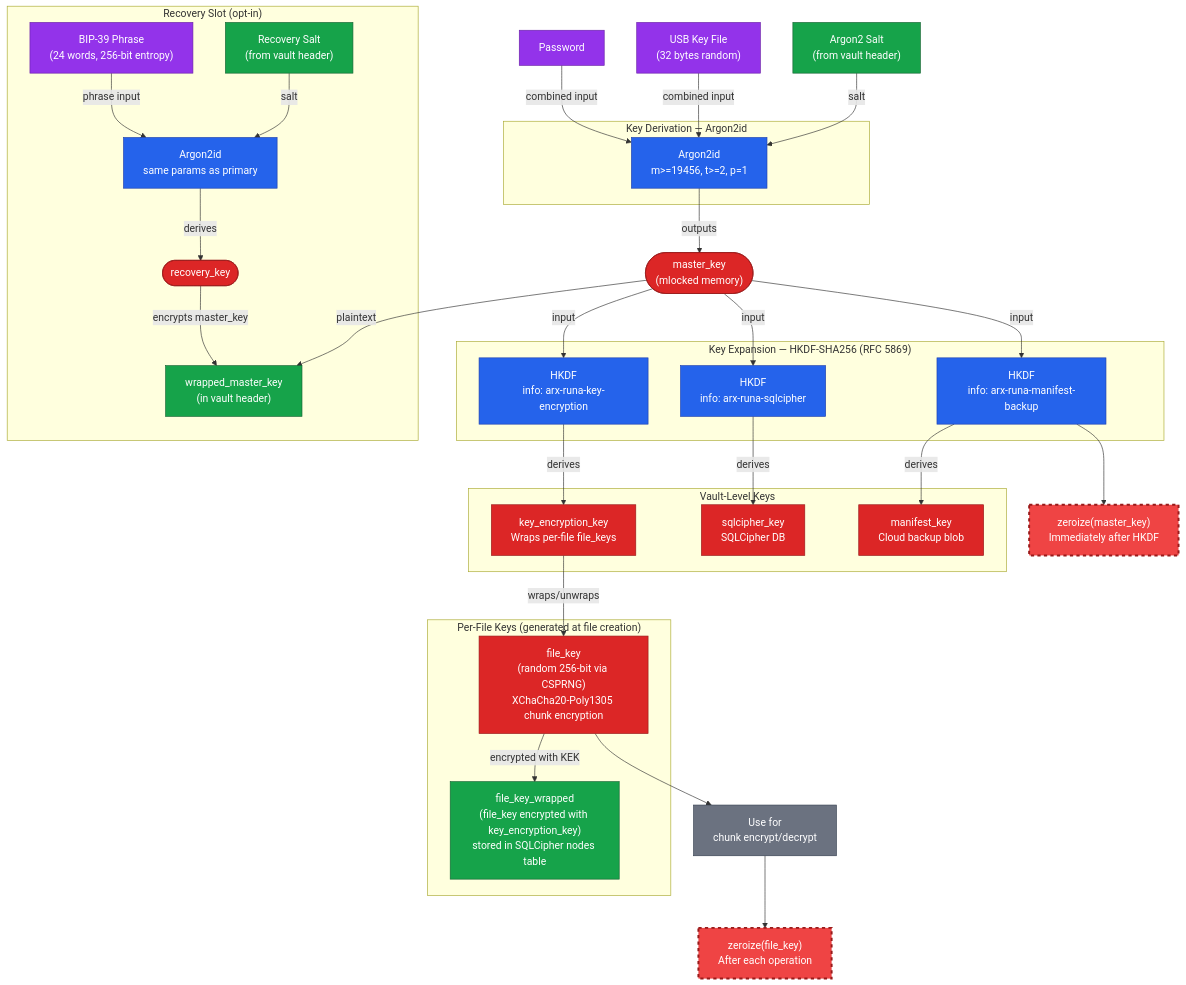
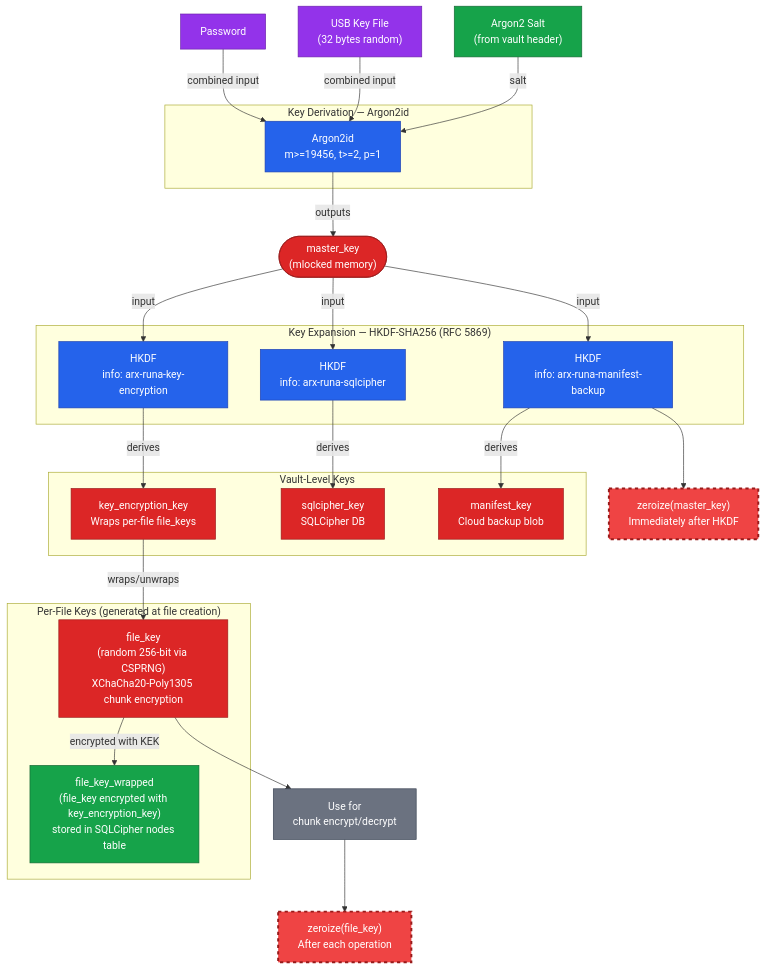
Before and after one commit to salgaard/arx-runa: the diagram in docs/architecture/designs/cryptographic-primitives/diagrams/key-derivation-tree.md, drawn with Mermaid. The commit also changed other lines of this file and 5 other files, not shown here.

First line of the commit message:
docs: remove tailwind.config.js; split key-derivation diagram; fix wrap-node clarity

````diff
--- a/docs/architecture/designs/cryptographic-primitives/diagrams/key-derivation-tree.md
+++ b/docs/architecture/designs/cryptographic-primitives/diagrams/key-derivation-tree.md
@@ -6,72 +6,58 @@
 ```mermaid
 flowchart TD
     PW["Password"]:::user
     KF["USB Key File<br/>(32 bytes random)"]:::user
     SALT["Argon2 Salt<br/>(from vault header)"]:::storage
 
     subgraph KDF ["Key Derivation — Argon2id"]
         ARGON["Argon2id<br/>m>=19456, t>=2, p=1"]:::crypto
     end
 
     MK_NODE(["master_key<br/>(mlocked memory)"]):::secret
 
     subgraph HKDF_LAYER ["Key Expansion — HKDF-SHA256 (RFC 5869)"]
         HKDF1["HKDF<br/>info: arx-runa-key-encryption"]:::crypto
         HKDF2["HKDF<br/>info: arx-runa-sqlcipher"]:::crypto
         HKDF3["HKDF<br/>info: arx-runa-manifest-backup"]:::crypto
     end
 
     subgraph VAULT_KEYS ["Vault-Level Keys"]
         KEK["key_encryption_key<br/>Wraps per-file file_keys"]:::secret
         SK["sqlcipher_key<br/>SQLCipher DB"]:::secret
         MK["manifest_key<br/>Cloud backup blob"]:::secret
     end
 
     subgraph PER_FILE ["Per-File Keys (generated at file creation)"]
         FK["file_key<br/>(random 256-bit via CSPRNG)<br/>XChaCha20-Poly1305 chunk encryption"]:::secret
         FKW["file_key_wrapped<br/>(file_key encrypted with key_encryption_key)<br/>stored in SQLCipher nodes table"]:::storage
     end
 
-    subgraph RECOVERY ["Recovery Slot (opt-in)"]
-        PHRASE["BIP-39 Phrase<br/>(24 words, 256-bit entropy)"]:::user
-        REC_SALT["Recovery Salt<br/>(from vault header)"]:::storage
-        REC_ARGON["Argon2id<br/>same params as primary"]:::crypto
-        REC_KEY(["recovery_key"]):::secret
-        WMK["wrapped_master_key<br/>(in vault header)"]:::storage
-    end
-
     PW -->|combined input| ARGON
     KF -->|combined input| ARGON
     SALT -->|salt| ARGON
 
     ARGON -->|outputs| MK_NODE
 
     MK_NODE -->|input| HKDF1
     MK_NODE -->|input| HKDF2
     MK_NODE -->|input| HKDF3
 
     HKDF1 -->|derives| KEK
     HKDF2 -->|derives| SK
     HKDF3 -->|derives| MK
 
     HKDF3 --> ZEROIZE_MK["zeroize(master_key)<br/>Immediately after HKDF"]:::zeroize
 
     KEK -->|wraps/unwraps| FK
     FK -->|encrypted with KEK| FKW
 
     FK --> USE_FK["Use for<br/>chunk encrypt/decrypt"]:::proc
     USE_FK --> ZEROIZE_FK["zeroize(file_key)<br/>After each operation"]:::zeroize
 
-    PHRASE -->|phrase input| REC_ARGON
-    REC_SALT -->|salt| REC_ARGON
-    REC_ARGON -->|derives| REC_KEY
-    MK_NODE -->|plaintext| WMK
-    REC_KEY -->|encrypts master_key| WMK
-
     classDef secret fill:#dc2626,stroke:#991b1b,color:#fff
     classDef crypto fill:#2563eb,stroke:#1e40af,color:#fff
     classDef storage fill:#16a34a,stroke:#166534,color:#fff
     classDef user fill:#9333ea,stroke:#6b21a8,color:#fff
     classDef zeroize fill:#ef4444,stroke:#991b1b,color:#fff,stroke-width:3px,stroke-dasharray:5 5
     classDef proc fill:#6b7280,stroke:#374151,color:#fff
 ```
````
